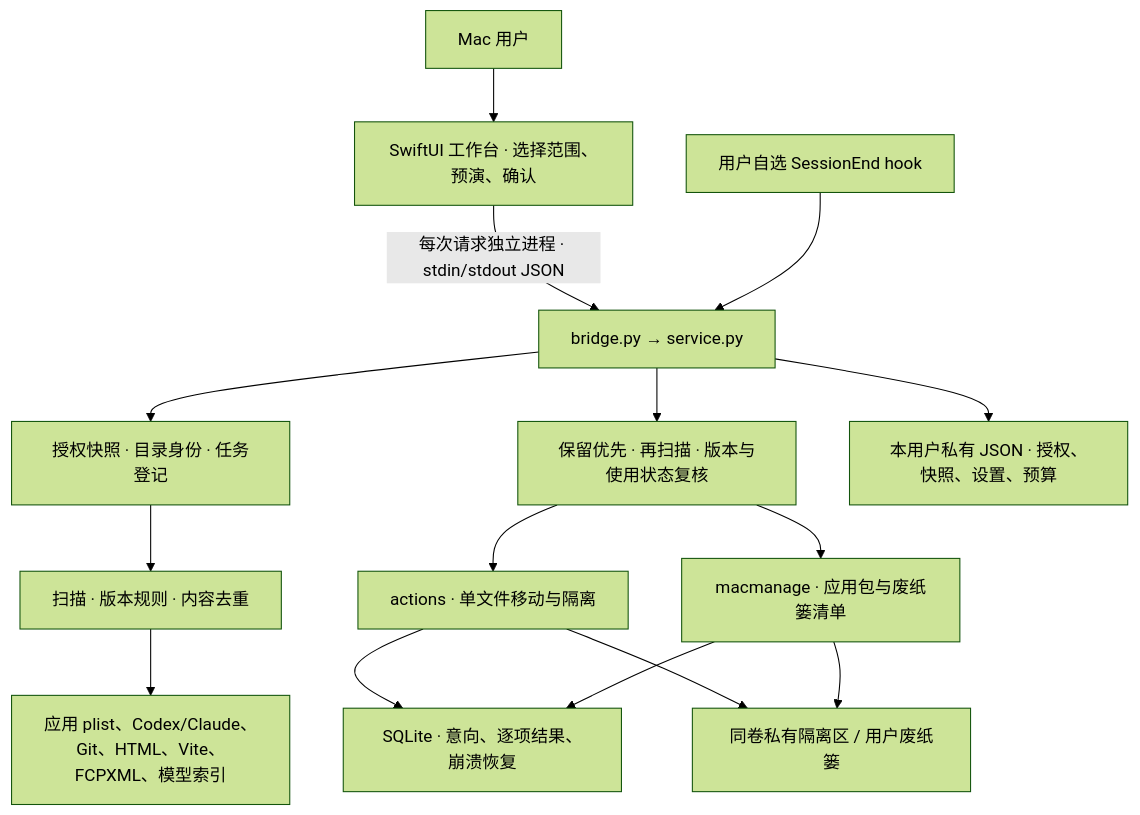
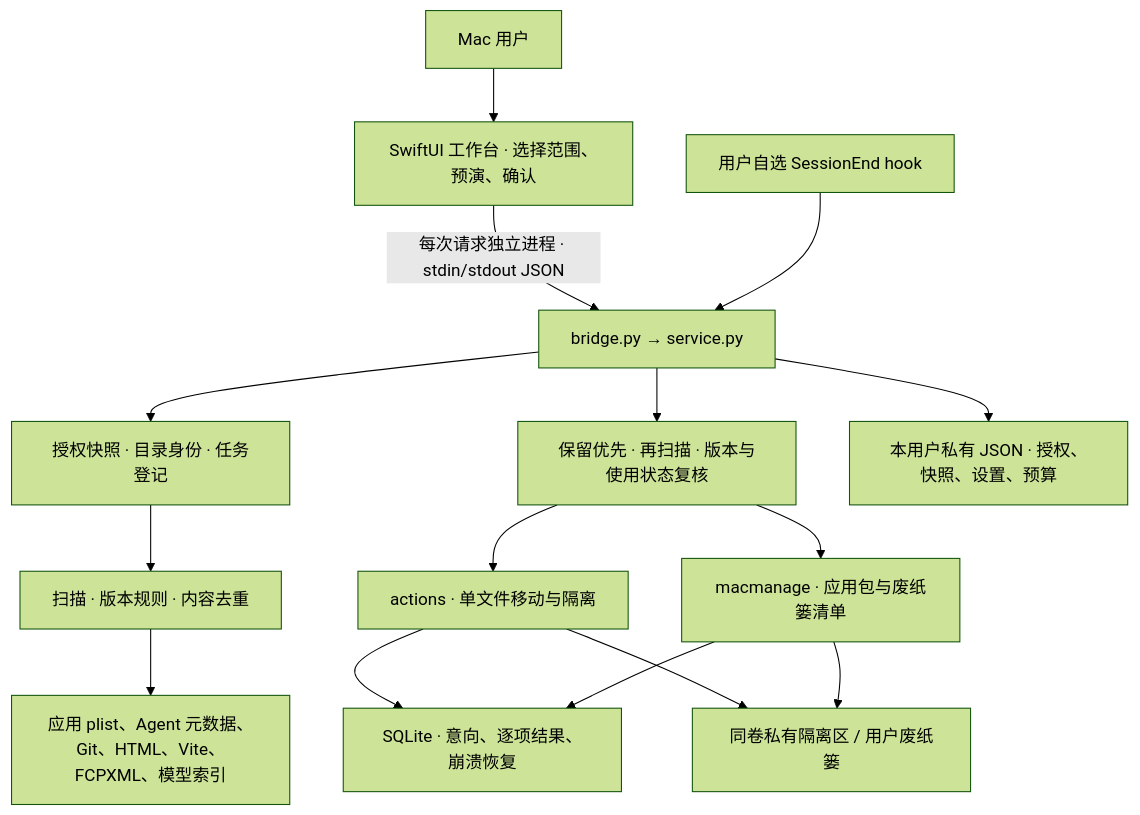
The first of 4 diagrams in docs/技术方案.md (Moosphan/lumen), drawn with Mermaid (forest theme) before and after one commit. The commit also changed other lines of this file and 19 other files, not shown here.

````diff
--- a/docs/技术方案.md
+++ b/docs/技术方案.md
@@ -9,17 +9,17 @@
 ```mermaid
 flowchart TB
     User["Mac 用户"] --> UI["SwiftUI 工作台 · 选择范围、预演、确认"]
     UI -->|"每次请求独立进程 · stdin/stdout JSON"| API["bridge.py → service.py"]
     Hook["用户自选 SessionEnd hook"] --> API
     API --> Scope["授权快照 · 目录身份 · 任务登记"]
     Scope --> Scan["扫描 · 版本规则 · 内容去重"]
-    Scan --> Adapt["应用 plist、Codex/Claude、Git、HTML、Vite、FCPXML、模型索引"]
+    Scan --> Adapt["应用 plist、Agent 元数据、Git、HTML、Vite、FCPXML、模型索引"]
     API --> Policy["保留优先 · 再扫描 · 版本与使用状态复核"]
     Policy --> Files["actions · 单文件移动与隔离"]
     Policy --> Apps["macmanage · 应用包与废纸篓清单"]
     Files --> Journal["SQLite · 意向、逐项结果、崩溃恢复"]
     Apps --> Journal
     API --> Store["本用户私有 JSON · 授权、快照、设置、预算"]
     Files --> Vault["同卷私有隔离区 / 用户废纸篓"]
     Apps --> Vault
 ```
````
